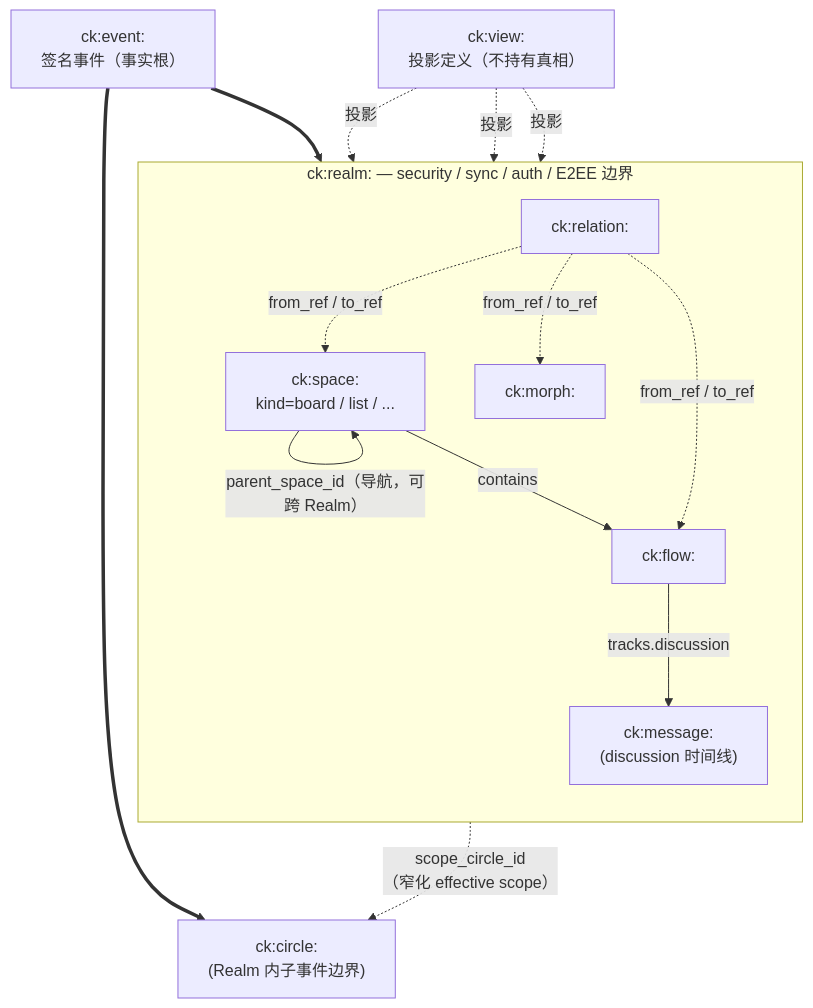
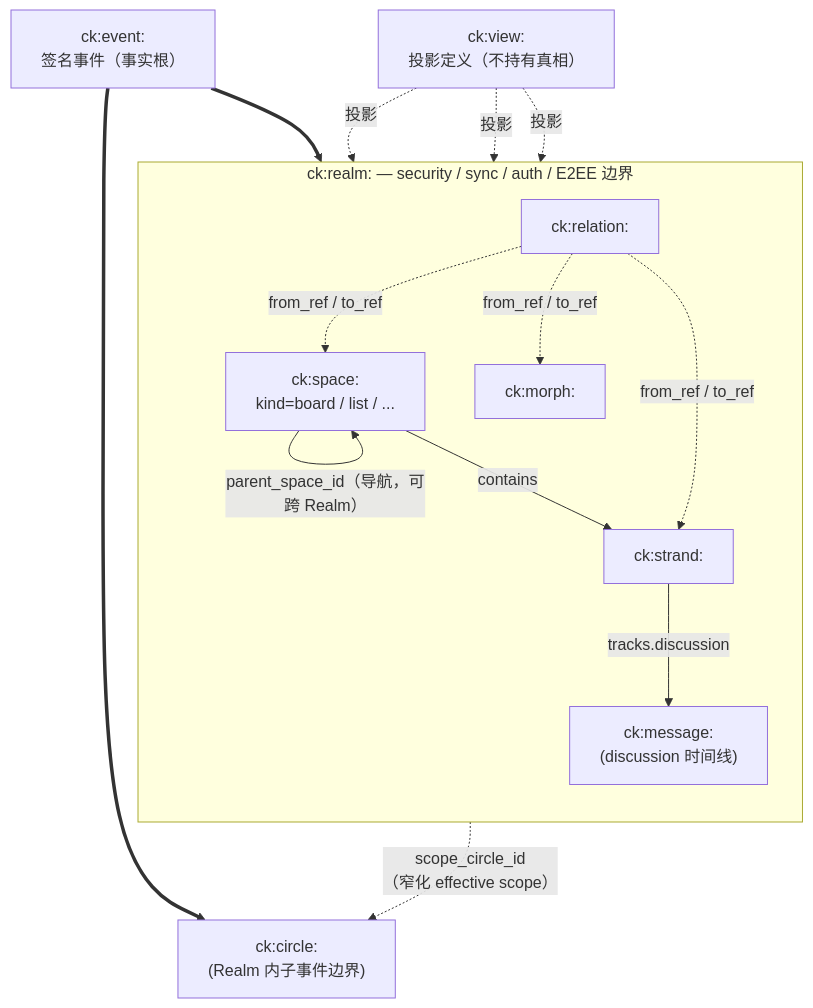
The diagram in spec/v1/zh/models/overview.md (arkret-org/arkret-spec), drawn with Mermaid before and after one commit. The commit also changed other lines of this file and 170 other files, not shown here.

Commit message:
Rename Flow concept to Strand

````diff
--- a/spec/v1/zh/models/overview.md
+++ b/spec/v1/zh/models/overview.md
@@ -91,31 +91,31 @@
 ```mermaid
 flowchart TB
     Event["ck:event:<br/>签名事件（事实根）"]
 
     subgraph SP ["ck:realm: — security / sync / auth / E2EE 边界"]
         direction TB
         Space["ck:space:<br/>kind=board / list / ..."]
-        Flow["ck:flow:"]
+        Strand["ck:strand:"]
         Morph["ck:morph:"]
         Msg["ck:message:<br/>(discussion 时间线)"]
         Rel["ck:relation:"]
 
-        Space -- "contains" --> Flow
+        Space -- "contains" --> Strand
         Space -- "parent_space_id（导航，可跨 Realm）" --> Space
-        Flow -- "tracks.discussion" --> Msg
-        Rel -. "from_ref / to_ref" .-> Flow
+        Strand -- "tracks.discussion" --> Msg
+        Rel -. "from_ref / to_ref" .-> Strand
         Rel -. "from_ref / to_ref" .-> Morph
         Rel -. "from_ref / to_ref" .-> Space
     end
 
     Circle["ck:circle:<br/>(Realm 内子事件边界)"]
-    Flow -. "scope_circle_id<br/>（窄化 effective scope）" .-> Circle
+    Strand -. "scope_circle_id<br/>（窄化 effective scope）" .-> Circle
 
     View["ck:view:<br/>投影定义（不持有真相）"]
-    View -. "投影" .-> Flow
+    View -. "投影" .-> Strand
     View -. "投影" .-> Space
     View -. "投影" .-> Msg
 
     Event ==> SP
     Event ==> Circle
 ```
````
